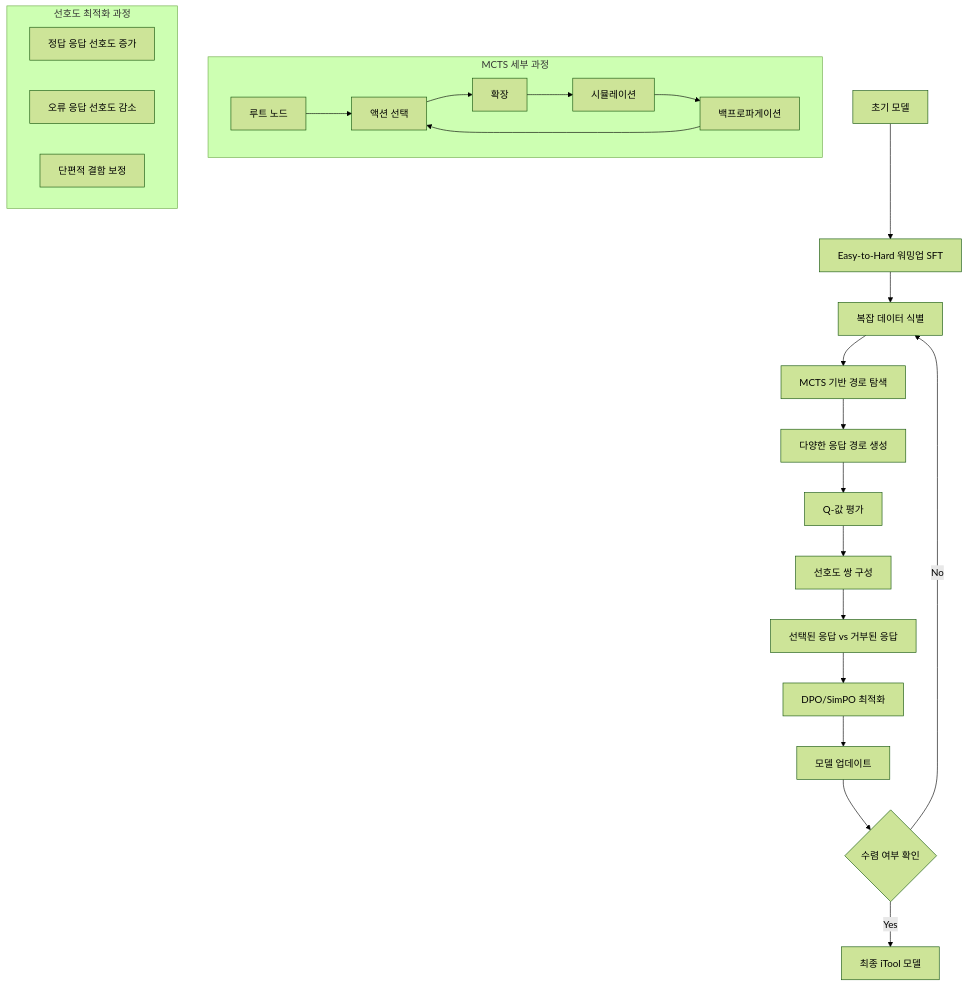
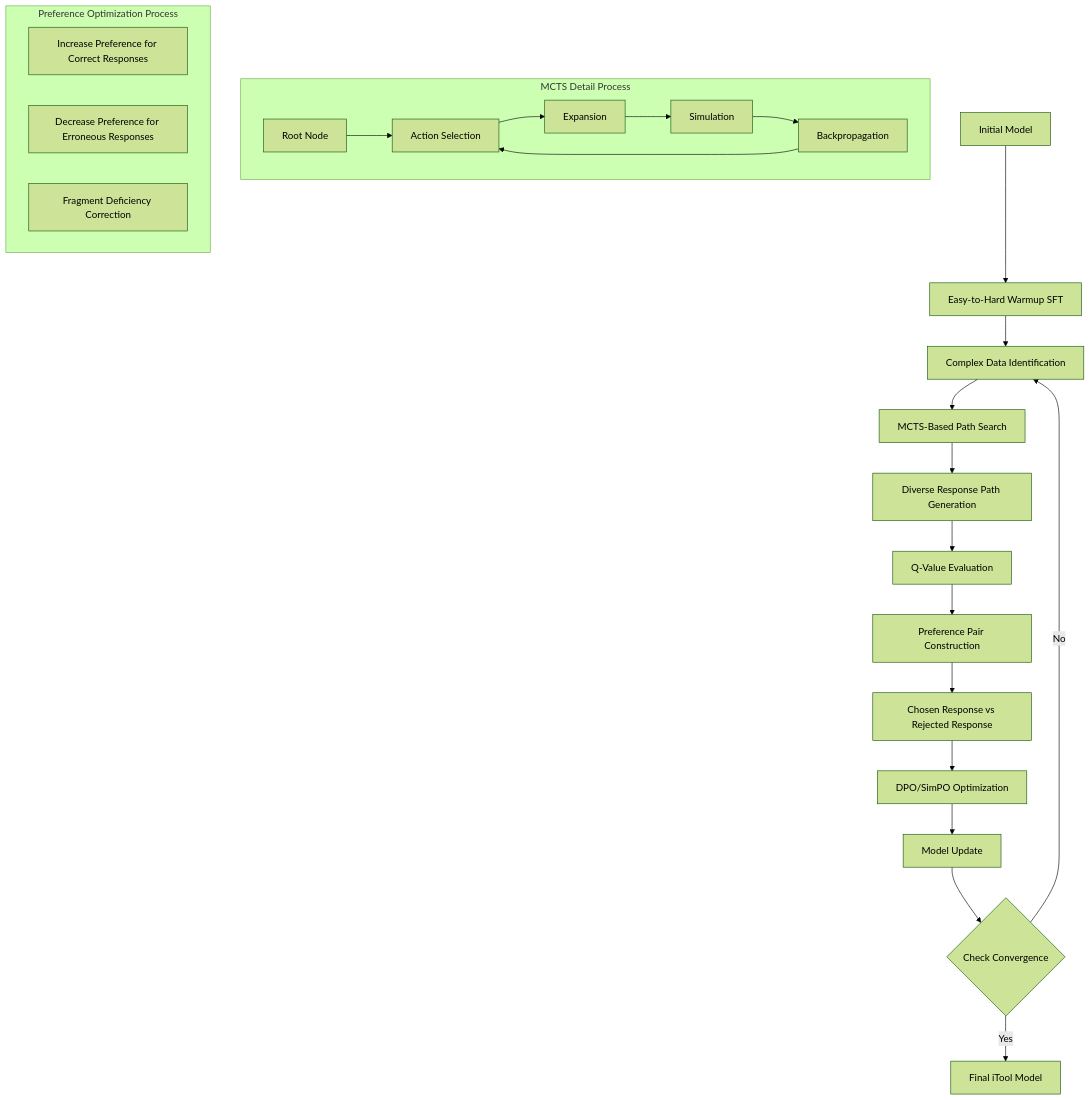
One commit to ThakiCloud/thakicloud.github.io changed the diagram in _posts/en/research/2025-08-21-itool-reinforced-fine-tuning-tool-use-research.md. Above: the diagram before and after it, drawn with Mermaid (forest theme). The commit also changed 21 other files, not shown here.

First line of the commit message:
fix(blog): translate mermaid labels to post language (en/ar)

````diff
--- a/_posts/en/research/2025-08-21-itool-reinforced-fine-tuning-tool-use-research.md
+++ b/_posts/en/research/2025-08-21-itool-reinforced-fine-tuning-tool-use-research.md
@@ -156,29 +156,29 @@
 ```mermaid
 graph TD
-    A[초기 모델] --> B[Easy-to-Hard 워밍업 SFT]
-    B --> C[복잡 데이터 식별]
-    C --> D[MCTS 기반 경로 탐색]
-    D --> E[다양한 응답 경로 생성]
-    E --> F[Q-값 평가]
-    F --> G[선호도 쌍 구성]
-    G --> H[선택된 응답 vs 거부된 응답]
-    H --> I[DPO/SimPO 최적화]
-    I --> J[모델 업데이트]
-    J --> K{수렴 여부 확인}
+    A[Initial Model] --> B[Easy-to-Hard Warmup SFT]
+    B --> C[Complex Data Identification]
+    C --> D[MCTS-Based Path Search]
+    D --> E[Diverse Response Path Generation]
+    E --> F[Q-Value Evaluation]
+    F --> G[Preference Pair Construction]
+    G --> H[Chosen Response vs Rejected Response]
+    H --> I[DPO/SimPO Optimization]
+    I --> J[Model Update]
+    J --> K{Check Convergence}
     K -->|No| C
-    K -->|Yes| L[최종 iTool 모델]
+    K -->|Yes| L[Final iTool Model]
     
-    subgraph "MCTS 세부 과정"
-        D1[루트 노드] --> D2[액션 선택]
-        D2 --> D3[확장]
-        D3 --> D4[시뮬레이션]
-        D4 --> D5[백프로파게이션]
+    subgraph "MCTS Detail Process"
+        D1[Root Node] --> D2[Action Selection]
+        D2 --> D3[Expansion]
+        D3 --> D4[Simulation]
+        D4 --> D5[Backpropagation]
         D5 --> D2
     end
     
-    subgraph "선호도 최적화 과정"
-        I1[정답 응답 선호도 증가]
-        I2[오류 응답 선호도 감소]
-        I3[단편적 결함 보정]
+    subgraph "Preference Optimization Process"
+        I1[Increase Preference for Correct Responses]
+        I2[Decrease Preference for Erroneous Responses]
+        I3[Fragment Deficiency Correction]
     end
 ```
````
